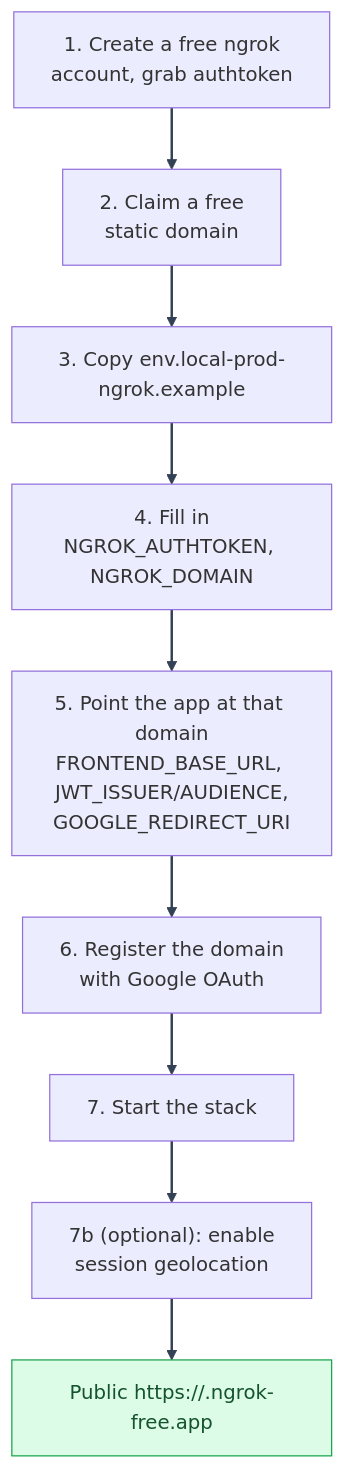
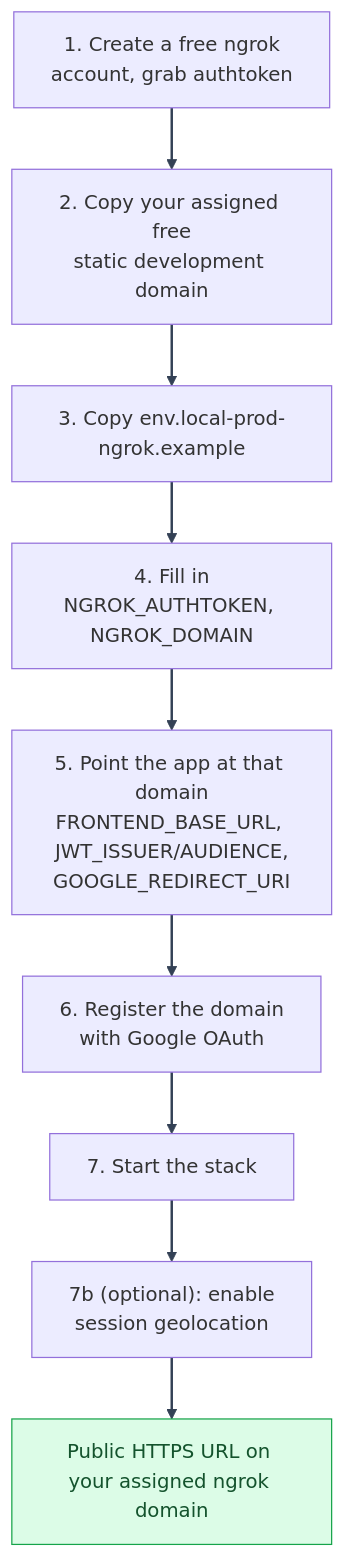
One commit to Nachiket-2024/mystic-auth changed the diagram in docs/mystic_auth/deployment/local-prod/ngrok-tunnel.md. Above: the diagram before and after it, drawn with Mermaid. The commit also changed other lines of this file and 497 other files, not shown here.

````diff
--- a/docs/mystic_auth/deployment/local-prod/ngrok-tunnel.md
+++ b/docs/mystic_auth/deployment/local-prod/ngrok-tunnel.md
@@ -35,19 +47,19 @@
 ```mermaid
 %%{init: {"themeVariables": {"lineColor": "#334155"}} }%%
 flowchart TD
     S1["1. Create a free ngrok\naccount, grab authtoken"]
-    S2["2. Claim a free\nstatic domain"]
+    S2["2. Copy your assigned free\nstatic development domain"]
     S3["3. Copy env.local-prod-ngrok.example"]
     S4["4. Fill in\nNGROK_AUTHTOKEN, NGROK_DOMAIN"]
     S5["5. Point the app at that domain\nFRONTEND_BASE_URL, JWT_ISSUER/AUDIENCE,\nGOOGLE_REDIRECT_URI"]
     S6["6. Register the domain\nwith Google OAuth"]
     S7["7. Start the stack"]
     S7b["7b (optional): enable\nsession geolocation"]
-    Live["Public https://<app>.ngrok-free.app"]
+    Live["Public HTTPS URL on your assigned ngrok domain"]
 
     S1 --> S2 --> S3 --> S4 --> S5 --> S6 --> S7 --> S7b --> Live
 
     classDef terminal fill:#dcfce7,stroke:#16a34a,color:#14532d
     class Live terminal
     linkStyle default stroke:#334155,stroke-width:2px
 ```
````
